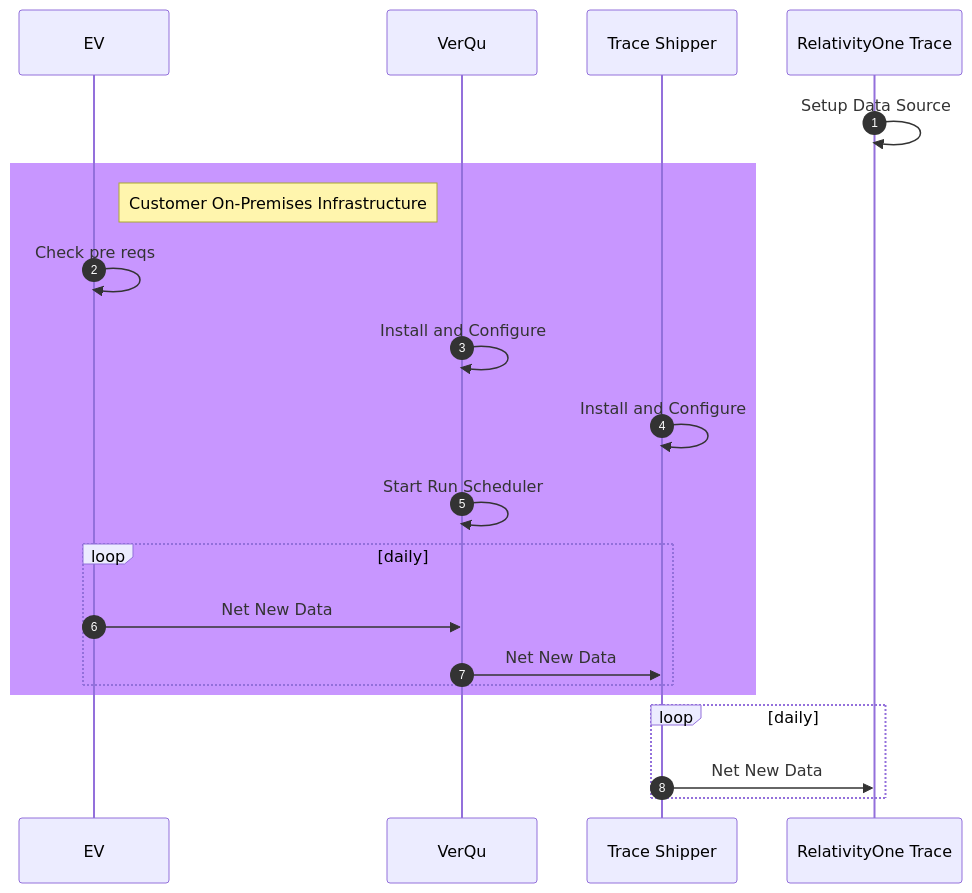
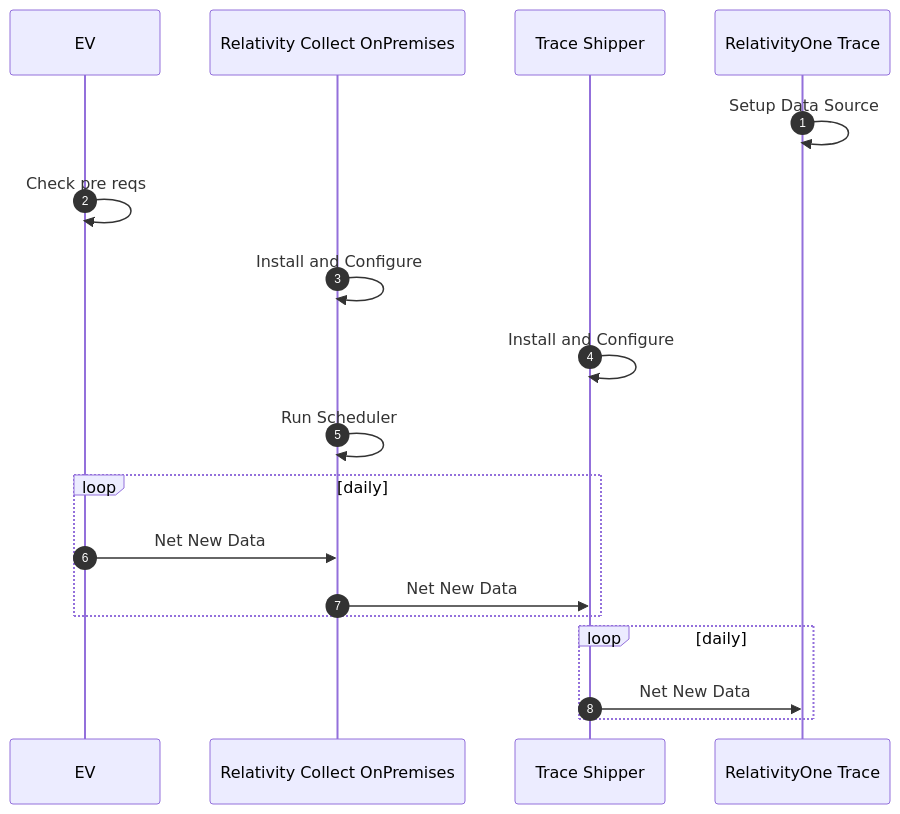
The diagram in docs/administrator_guide/collection/all_data_sources/archive_data_sources/veritas_enterprise_vault_on_premises_via_verqu.md (relativitydev/relativity-trace-documentation), drawn with Mermaid before and after one commit. The commit also changed other lines of this file, not shown here.

````diff
--- a/docs/administrator_guide/collection/all_data_sources/archive_data_sources/veritas_enterprise_vault_on_premises_via_verqu.md
+++ b/docs/administrator_guide/collection/all_data_sources/archive_data_sources/veritas_enterprise_vault_on_premises_via_verqu.md
@@ -65,29 +65,27 @@
 ```mermaid
 
     sequenceDiagram
     autonumber
 
     participant EV
-    participant VerQu
+    participant Relativity Collect OnPremises
     participant Trace Shipper
     participant RelativityOne Trace
 
     RelativityOne Trace ->> RelativityOne Trace: Setup Data Source
 
-    rect rgb(200, 150, 255)
-        note left of VerQu: Customer On-Premises Infrastructure
-        EV->>EV: Check pre reqs
-        VerQu->>VerQu: Install and Configure
-        Trace Shipper ->> Trace Shipper: Install and Configure
-        VerQu->>VerQu: Start Run Scheduler
-        loop daily
-            EV->>VerQu:Net New Data
-            VerQu->>Trace Shipper: Net New Data
-        end
+    EV->>EV: Check pre reqs
+    Relativity Collect OnPremises->>Relativity Collect OnPremises: Install and Configure
+    Trace Shipper ->> Trace Shipper: Install and Configure
+    Relativity Collect OnPremises->>Relativity Collect OnPremises: Run Scheduler
+    loop daily
+    	EV->>Relativity Collect OnPremises:Net New Data
+    	Relativity Collect OnPremises->>Trace Shipper: Net New Data
     end
+
    
     loop daily
         Trace Shipper->>RelativityOne Trace: Net New Data
     end
 
 ```
````
